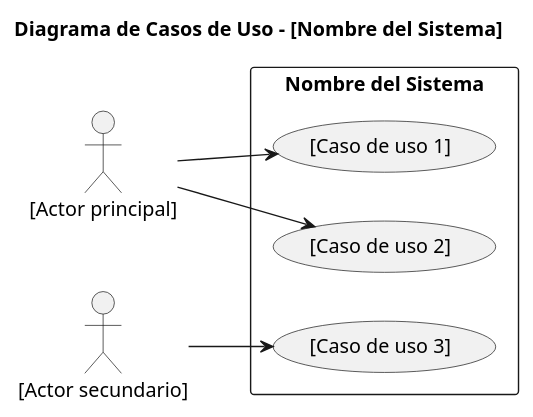
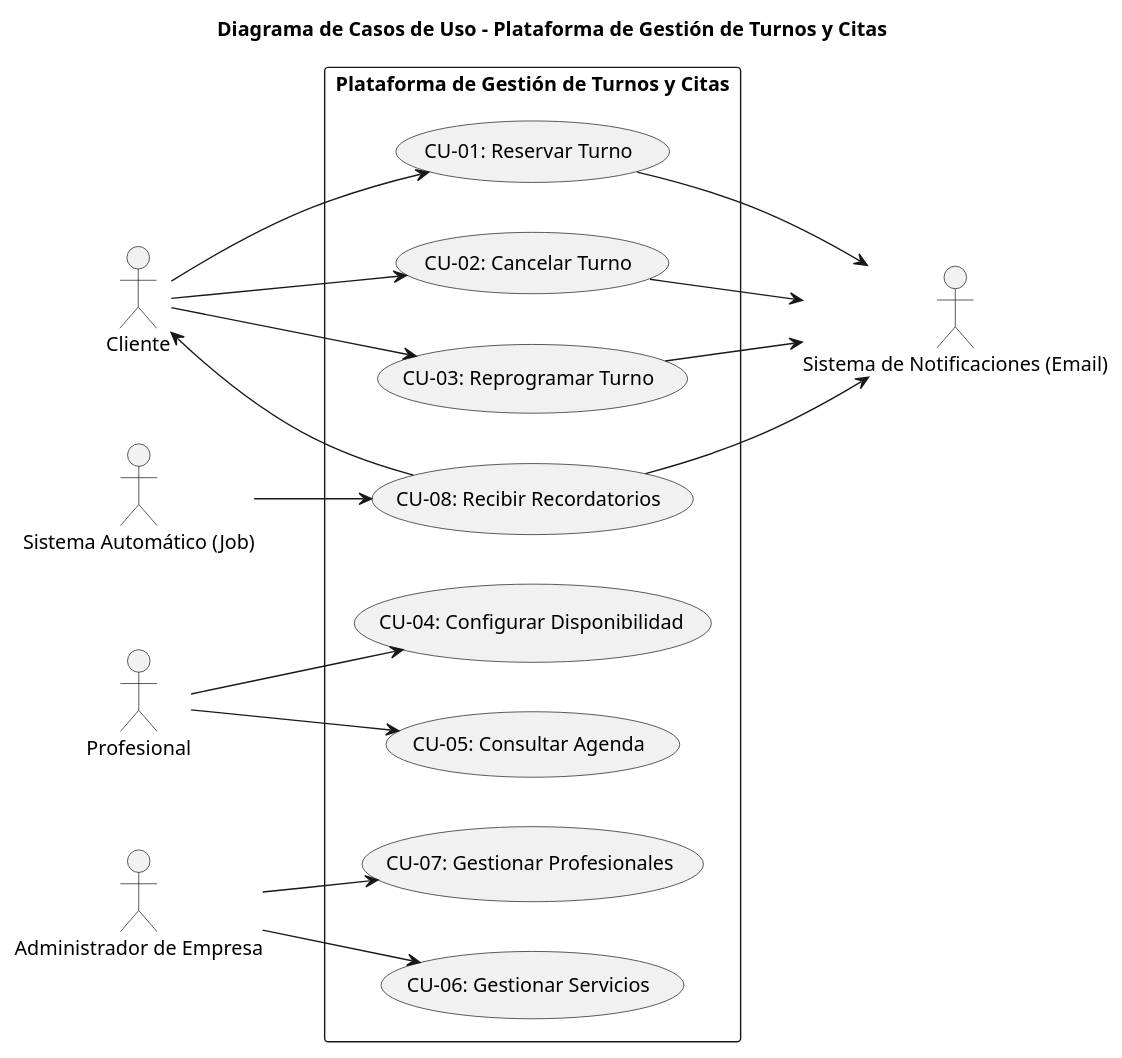
One commit to Ramirocou/Grupo-03-Sist.-Turnos. changed the diagram in diagramas/casos-de-uso.puml. Above: the diagram before and after it, drawn with PlantUML. The commit also changed 1 other file, not shown here.

Commit message:
Casos de uso quitando el ejemplo 0 y agregando en diagrama temporal de PlantUML

```diff
--- a/diagramas/casos-de-uso.puml
+++ b/diagramas/casos-de-uso.puml
@@ -1,26 +1,49 @@
 @startuml
-title Diagrama de Casos de Uso - [Nombre del Sistema]
+title Diagrama de Casos de Uso - Plataforma de Gestión de Turnos y Citas
 
 left to right direction
 
 ' --- Actores ---
-actor "[Actor principal]" as A1
-actor "[Actor secundario]" as A2
+actor "Cliente" as A1
+actor "Profesional" as A2
+actor "Administrador de Empresa" as A3
+actor "Sistema Automático (Job)" as A4
+actor "Sistema de Notificaciones (Email)" as A5
 
 ' --- Sistema ---
-rectangle "[Nombre del Sistema]" {
-  usecase "[Caso de uso 1]" as UC1
-  usecase "[Caso de uso 2]" as UC2
-  usecase "[Caso de uso 3]" as UC3
+rectangle "Plataforma de Gestión de Turnos y Citas" {
+  usecase "CU-01: Reservar Turno" as UC1
+  usecase "CU-02: Cancelar Turno" as UC2
+  usecase "CU-03: Reprogramar Turno" as UC3
+  usecase "CU-04: Configurar Disponibilidad" as UC4
+  usecase "CU-05: Consultar Agenda" as UC5
+  usecase "CU-06: Gestionar Servicios" as UC6
+  usecase "CU-07: Gestionar Profesionales" as UC7
+  usecase "CU-08: Recibir Recordatorios" as UC8
 }
 
 ' --- Relaciones actor-caso de uso ---
 A1 --> UC1
 A1 --> UC2
-A2 --> UC3
+A1 --> UC3
+
+A2 --> UC4
+A2 --> UC5
+
+A3 --> UC6
+A3 --> UC7
+
+A4 --> UC8
+
+UC1 --> A5
+UC2 --> A5
+UC3 --> A5
+UC8 --> A5
+UC8 --> A1
 
 ' --- Relaciones entre casos de uso ---
+' (En este alcance definido en las historias de usuario no hay dependencias explícitas de tipo <<include>> o <<extend>> en la misma sesión, por lo que esta sección queda en blanco).
 ' UC2 .> UC1 : <<include>>
 ' UC3 .> UC1 : <<extend>>
 
 @enduml
```
